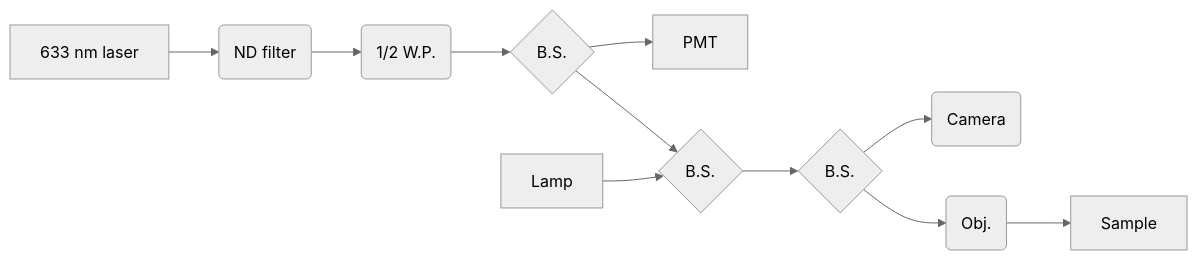
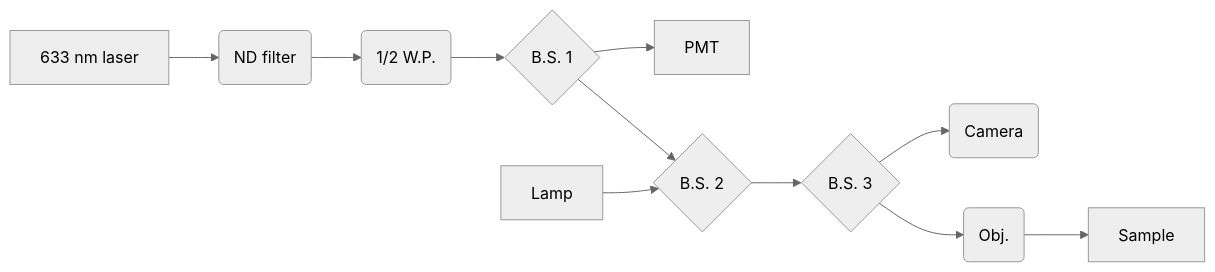
One commit to morganblevins/scanning-photocurrent-microscope changed the diagram in PbTaSe2-experiment-May-20-2024.md. Above: the diagram before and after it, drawn with Mermaid (neutral theme). The commit also changed other lines of this file, not shown here.

````diff
--- a/PbTaSe2-experiment-May-20-2024.md
+++ b/PbTaSe2-experiment-May-20-2024.md
@@ -6,13 +6,13 @@
 ```mermaid
 graph LR
 A[633 nm laser] -->B(ND filter)
     B --> C(1/2 W.P.)
-    C --> D{B.S.}
+    C --> D{B.S. 1}
     D --> E[PMT]
-    D --> F{B.S.}
+    D --> F{B.S. 2}
     G[Lamp] --> F
-    F --> H{B.S.}
+    F --> H{B.S. 3}
     H --> I(Camera)
     H --> J(Obj.)
     J --> K[Sample]
 ```
````
